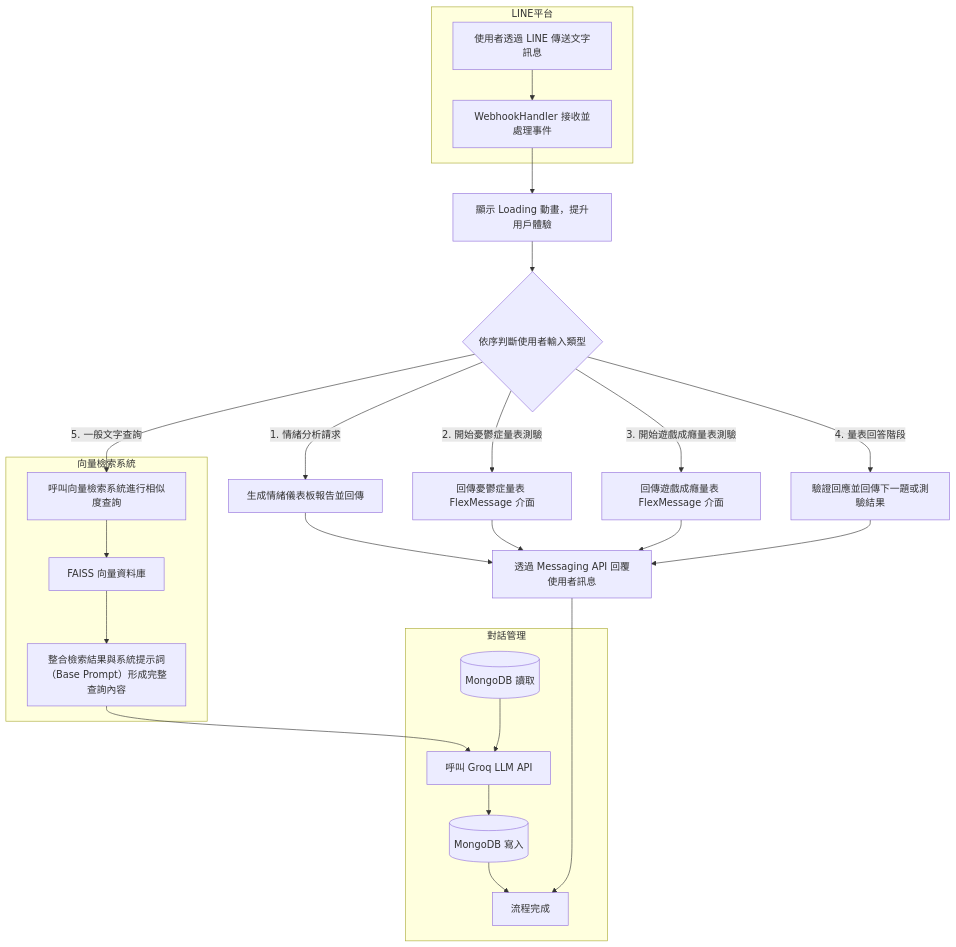
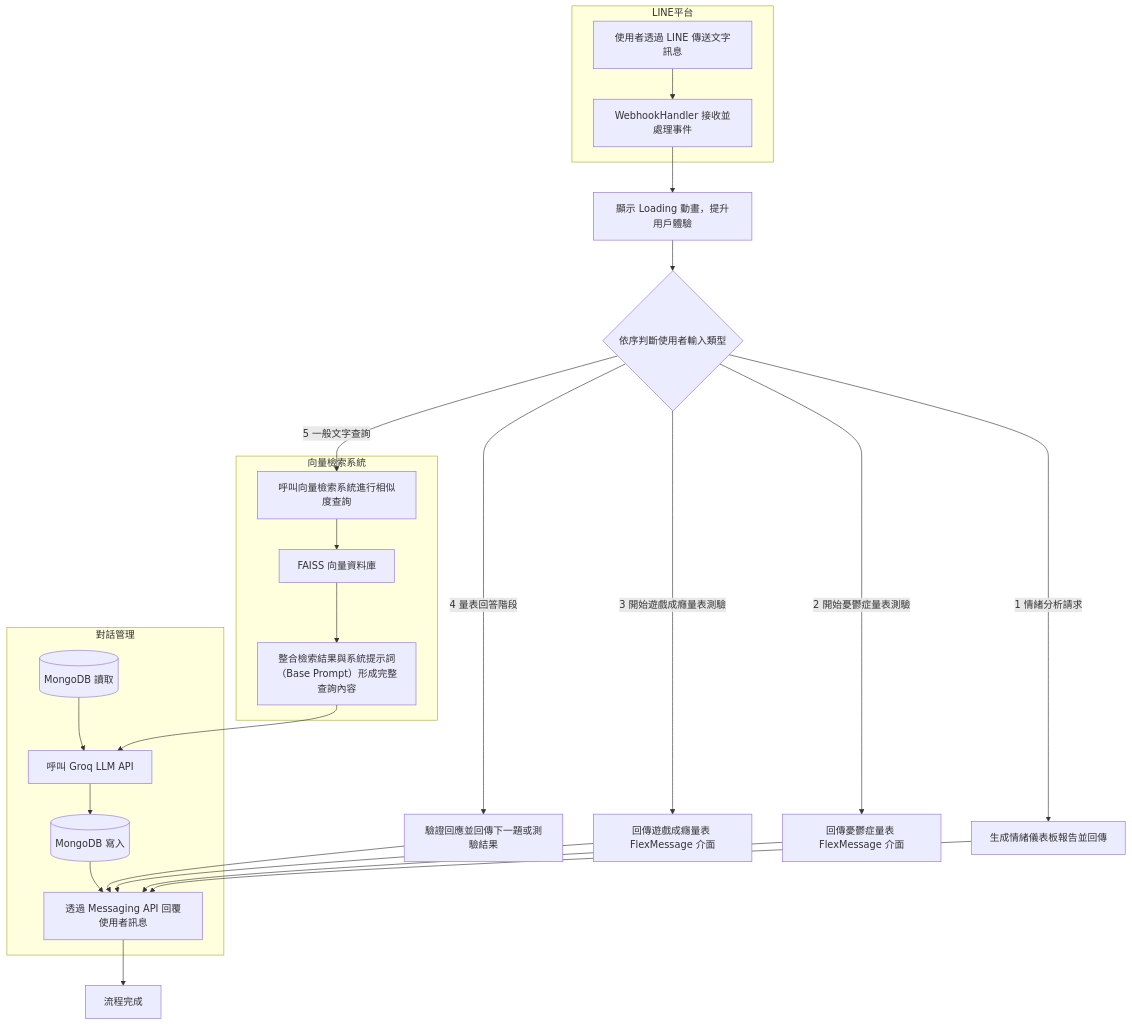
Before and after one commit to aurorajojo/line_app: the diagram in README.md, drawn with Mermaid.

````diff
--- a/README.md
+++ b/README.md
@@ -3,42 +3,42 @@
 ```mermaid
 flowchart TD
     subgraph LINE平台
         A[使用者透過 LINE 傳送文字訊息] --> B[WebhookHandler 接收並處理事件]
     end
 
     B --> C[顯示 Loading 動畫，提升用戶體驗]
 
     C --> D{依序判斷使用者輸入類型}
 
-    D -->|1. 情緒分析請求| E[生成情緒儀表板報告並回傳]
+    D -->|1 情緒分析請求| E[生成情緒儀表板報告並回傳]
     E --> O1[透過 Messaging API 回覆使用者訊息]
 
-    D -->|2. 開始憂鬱症量表測驗| F[回傳憂鬱症量表 FlexMessage 介面]
+    D -->|2 開始憂鬱症量表測驗| F[回傳憂鬱症量表 FlexMessage 介面]
     F --> O1
 
-    D -->|3. 開始遊戲成癮量表測驗| G[回傳遊戲成癮量表 FlexMessage 介面]
+    D -->|3 開始遊戲成癮量表測驗| G[回傳遊戲成癮量表 FlexMessage 介面]
     G --> O1
 
-    D -->|4. 量表回答階段| H[驗證回應並回傳下一題或測驗結果]
+    D -->|4 量表回答階段| H[驗證回應並回傳下一題或測驗結果]
     H --> O1
 
-    D -->|5. 一般文字查詢| I[呼叫向量檢索系統進行相似度查詢]
+    D -->|5 一般文字查詢| I[呼叫向量檢索系統進行相似度查詢]
 
     subgraph 向量檢索系統
         I --> V1[FAISS 向量資料庫]
         V1 --> J[整合檢索結果與系統提示詞（Base Prompt）形成完整查詢內容]
     end
 
     subgraph 對話管理
         MDB_Read[(MongoDB 讀取)]
         MDB_Write[(MongoDB 寫入)]
 
         J --> L[呼叫 Groq LLM API]
         MDB_Read --> L
         L --> MDB_Write
-        MDB_Write --> Z[流程完成]
+        MDB_Write --> O1
     end
 
-    O1 --> Z
+    O1 --> Z[流程完成]
 
 ```
````
